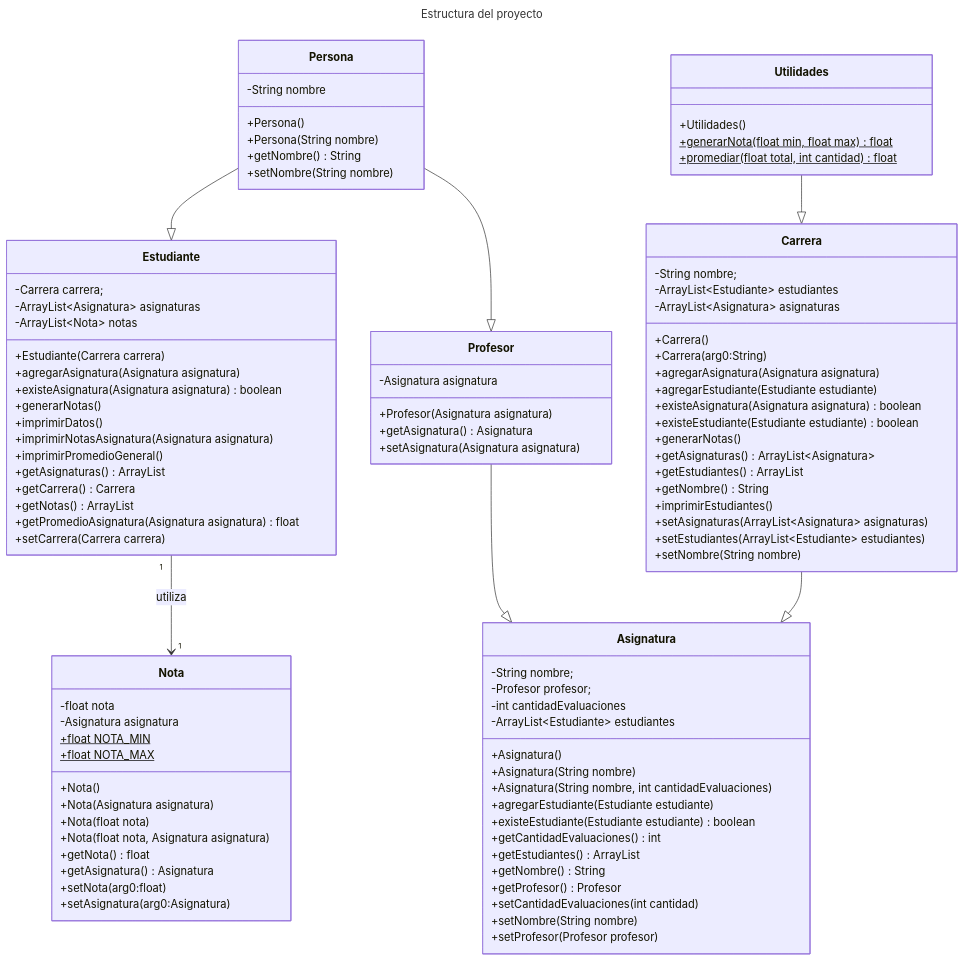
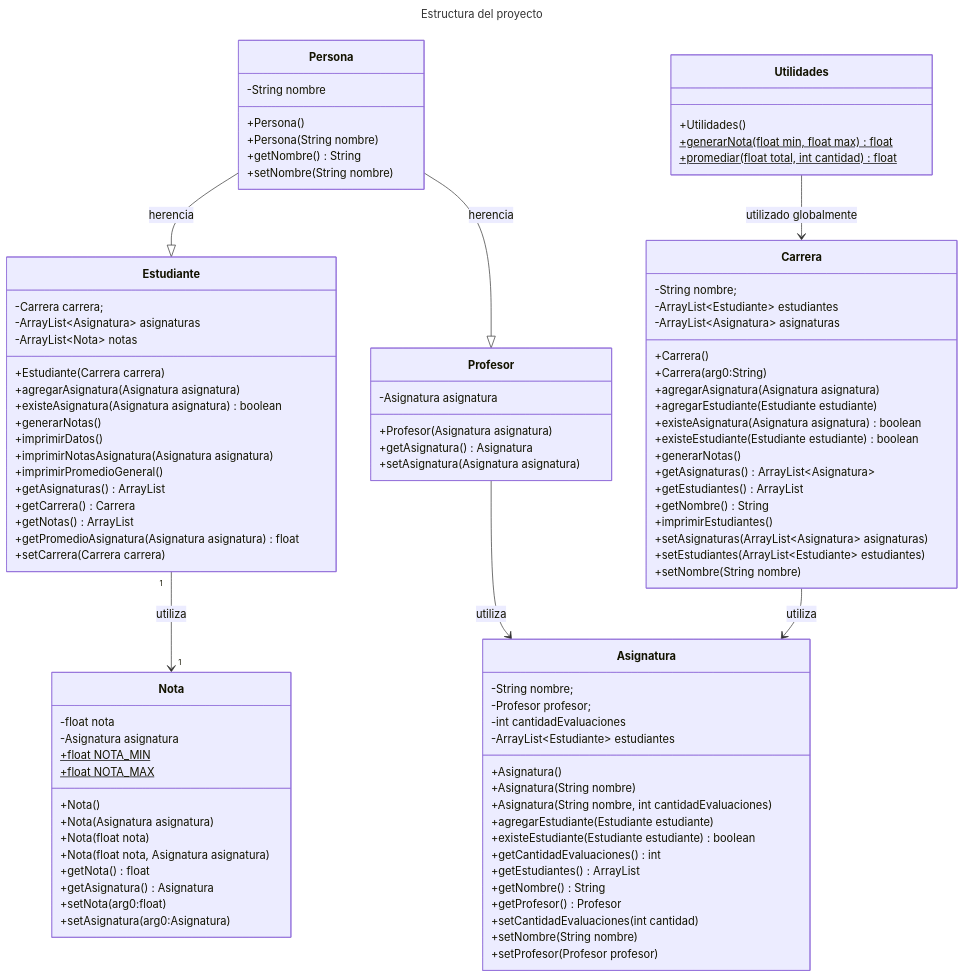
The diagram in README.md (daniOlg/java-poo), drawn with Mermaid before and after one commit.

Commit message:
updating UML

````diff
--- a/README.md
+++ b/README.md
@@ -198,12 +198,12 @@
 
 Estudiante "1" --> "1" Nota : utiliza
 
-Carrera --|> Asignatura
+Carrera --> Asignatura : utiliza
 
-Profesor --|> Asignatura
+Profesor --> Asignatura : utiliza
 
-Persona --|> Estudiante
-Persona --|> Profesor
+Persona --|> Estudiante : herencia
+Persona --|> Profesor : herencia
 
-Utilidades --|> Carrera
+Utilidades --> Carrera : utilizado globalmente
 ```
````
